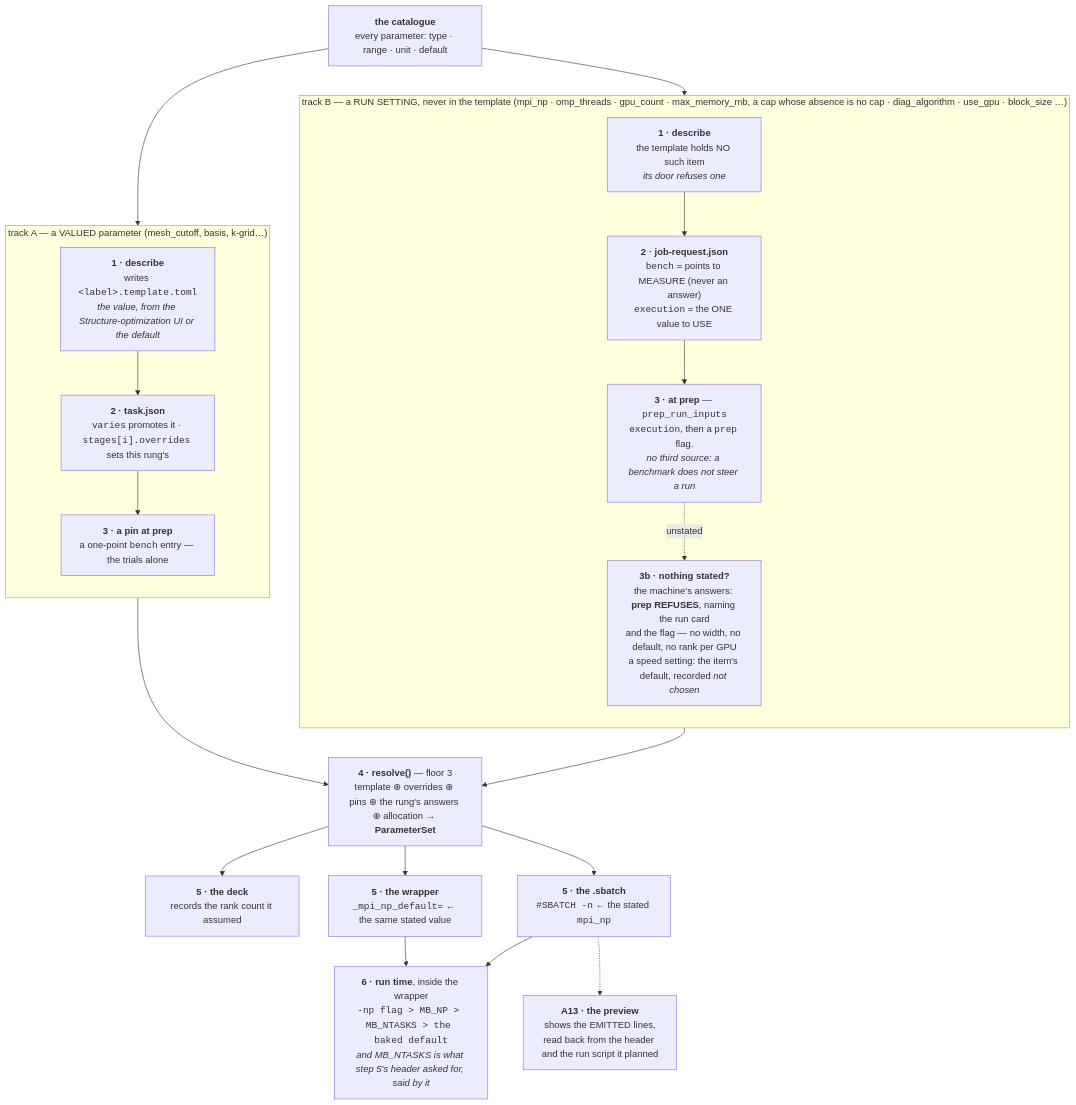
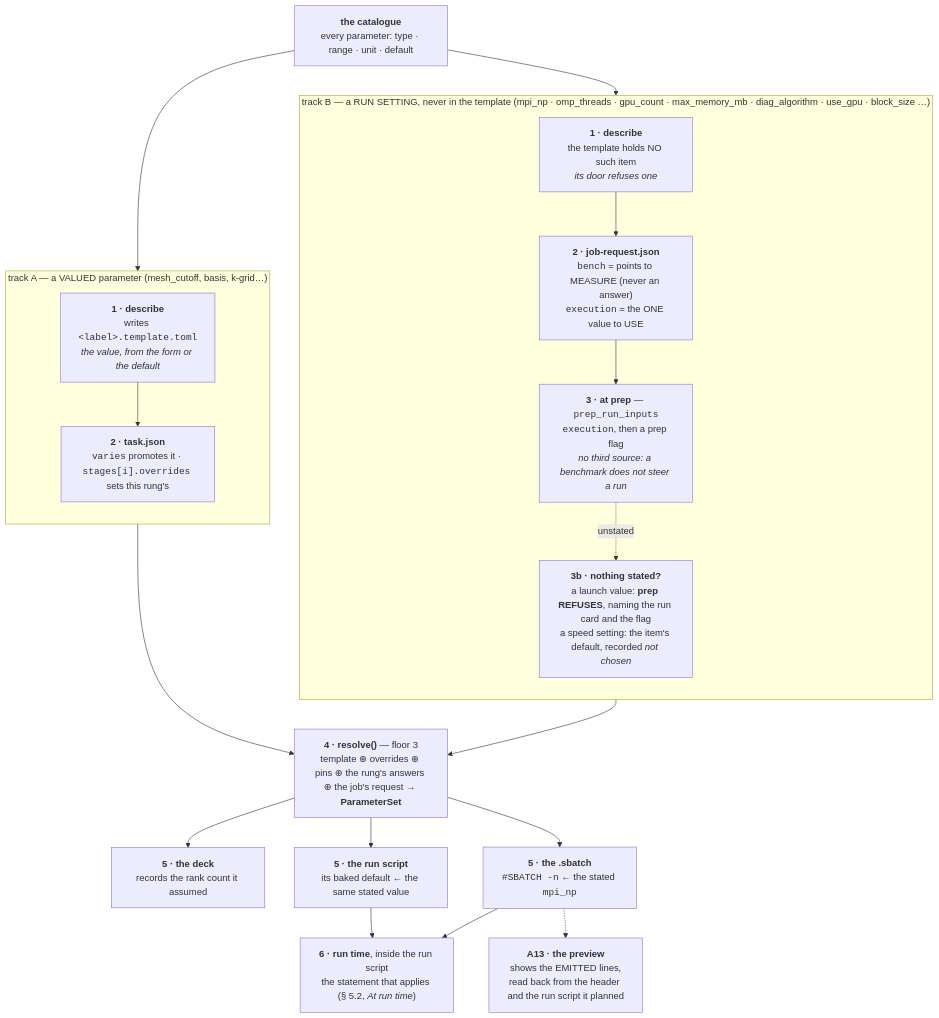
Before and after one commit to Qing-LAB/molbuilder: the fifth of 7 diagrams in docs/execution/architecture.md, drawn with Mermaid. The commit also changed other lines of this file and 30 other files, not shown here.

````diff
--- a/docs/execution/architecture.md
+++ b/docs/execution/architecture.md
@@ -939,40 +973,39 @@
 ```mermaid
 flowchart TB
     CAT["<b>the catalogue</b><br/>every parameter: type · range · unit · default"]
 
     subgraph VAL["track A — a VALUED parameter (mesh_cutoff, basis, k-grid…)"]
         direction TB
-        A1["<b>1 · describe</b><br/>writes <code>&lt;label&gt;.template.toml</code><br/><i>the value, from the Structure-optimization UI or the default</i>"]
+        A1["<b>1 · describe</b><br/>writes <code>&lt;label&gt;.template.toml</code><br/><i>the value, from the form or the default</i>"]
         A2["<b>2 · task.json</b><br/><code>varies</code> promotes it · <code>stages[i].overrides</code> sets this rung's"]
-        A3["<b>3 · a pin at prep</b><br/>a one-point <code>bench</code> entry — the trials alone"]
-        A1 --> A2 --> A3
+        A1 --> A2
     end
 
-    subgraph MACH["track B — a RUN SETTING, never in the template (mpi_np · omp_threads · gpu_count · max_memory_mb, a cap whose absence is no cap · diag_algorithm · use_gpu · block_size …)"]
+    subgraph MACH["track B — a RUN SETTING, never in the template (mpi_np · omp_threads · gpu_count · max_memory_mb · diag_algorithm · use_gpu · block_size …)"]
         direction TB
         B1["<b>1 · describe</b><br/>the template holds NO such item<br/><i>its door refuses one</i>"]
         B2["<b>2 · job-request.json</b><br/><code>bench</code> = points to MEASURE (never an answer)<br/><code>execution</code> = the ONE value to USE"]
-        B3["<b>3 · at prep</b> — <code>prep_run_inputs</code><br/><code>execution</code>, then a <code>prep</code> flag.<br/><i>no third source: a benchmark does not steer a run</i>"]
-        B4["<b>3b · nothing stated?</b><br/>the machine's answers: <b>prep REFUSES</b>, naming the run card<br/>and the flag — no width, no default, no rank per GPU<br/>a speed setting: the item's default, recorded <i>not chosen</i>"]
+        B3["<b>3 · at prep</b> — <code>prep_run_inputs</code><br/><code>execution</code>, then a prep flag<br/><i>no third source: a benchmark does not steer a run</i>"]
+        B4["<b>3b · nothing stated?</b><br/>a launch value: <b>prep REFUSES</b>, naming the run card and the flag<br/>a speed setting: the item's default, recorded <i>not chosen</i>"]
         B1 --> B2 --> B3
         B3 -.->|"unstated"| B4
     end
 
-    RES["<b>4 · resolve()</b> — floor 3<br/>template ⊕ overrides ⊕ pins ⊕ the rung's answers ⊕ allocation → <b>ParameterSet</b>"]
+    RES["<b>4 · resolve()</b> — floor 3<br/>template ⊕ overrides ⊕ pins ⊕ the rung's answers ⊕ the job's request → <b>ParameterSet</b>"]
     DECK["<b>5 · the deck</b><br/>records the rank count it assumed"]
     SB["<b>5 · the .sbatch</b><br/><code>#SBATCH -n</code> ← the stated <code>mpi_np</code>"]
-    WRAP["<b>5 · the wrapper</b><br/><code>_mpi_np_default=</code> ← the same stated value"]
-    RUN["<b>6 · run time</b>, inside the wrapper<br/><code>-np flag &gt; MB_NP &gt; MB_NTASKS &gt; the baked default</code><br/><i>and MB_NTASKS is what step 5's header asked for, said by it</i>"]
+    WRAP["<b>5 · the run script</b><br/>its baked default ← the same stated value"]
+    RUN["<b>6 · run time</b>, inside the run script<br/>the statement that applies (§ 5.2, <i>At run time</i>)"]
     CARD["<b>A13 · the preview</b><br/>shows the EMITTED lines,<br/>read back from the header and the run script it planned"]
 
     CAT --> A1
     CAT --> B1
-    A3 --> RES
+    A2 --> RES
     B3 --> RES
     RES --> DECK
     RES --> SB
     RES --> WRAP
     SB --> RUN
     WRAP --> RUN
     SB -.-> CARD
 ```
````
